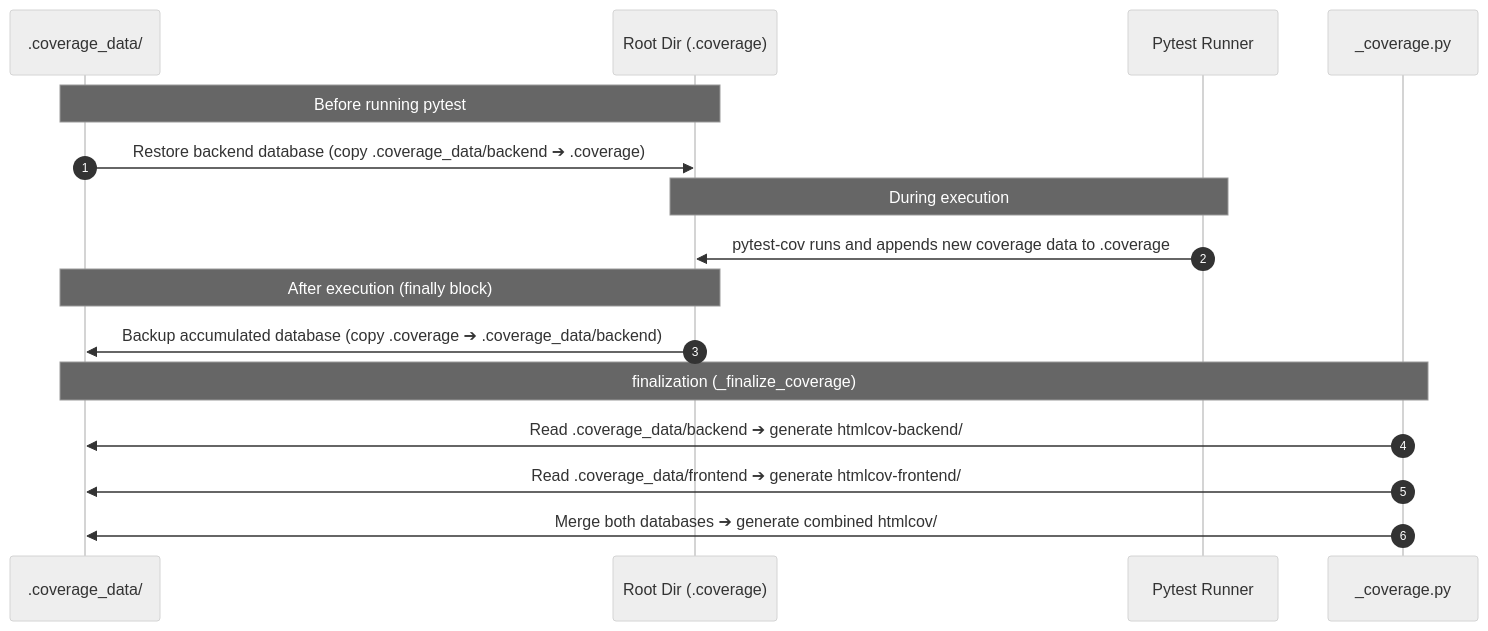
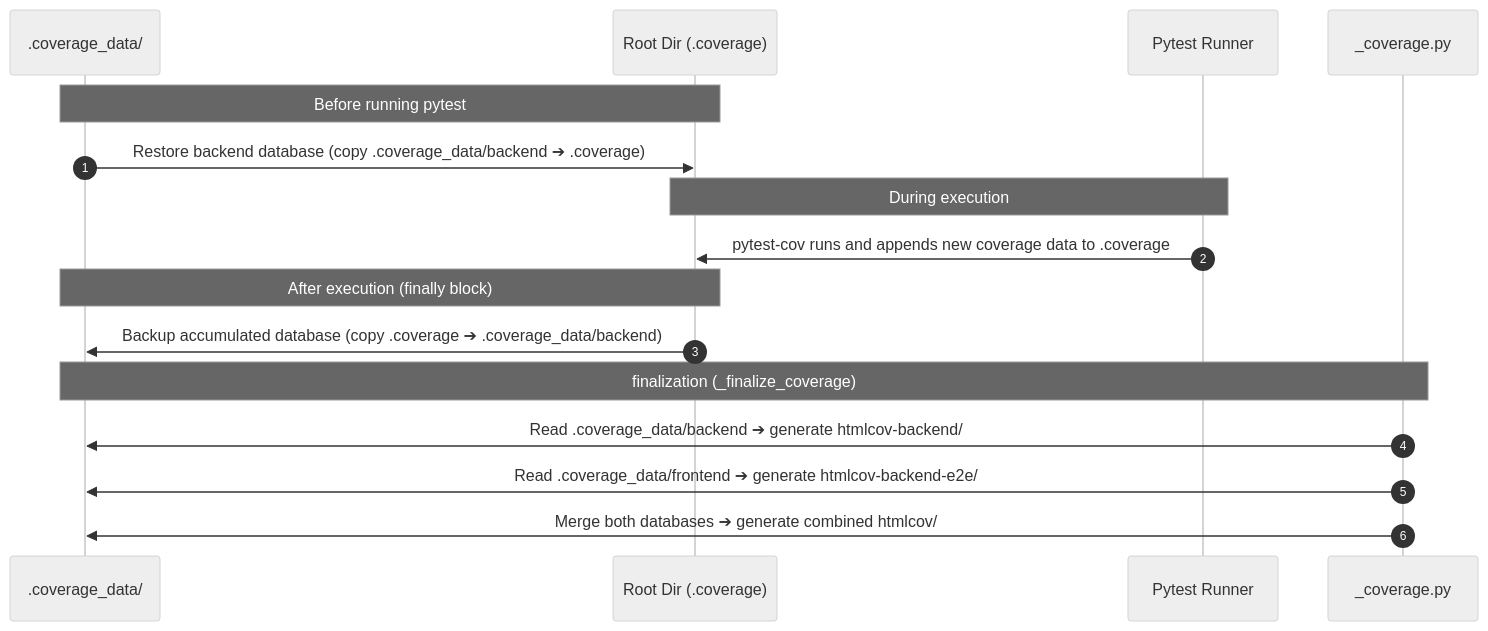
One commit to Alfystar/LibreFolio changed the second of 2 diagrams in mkdocs_src/docs/developer/test-walkthrough/runner_architecture.md. Above: the diagram before and after it, drawn with Mermaid (neutral theme). The commit also changed other lines of this file and 94 other files, not shown here.

````diff
--- a/mkdocs_src/docs/developer/test-walkthrough/runner_architecture.md
+++ b/mkdocs_src/docs/developer/test-walkthrough/runner_architecture.md
@@ -77,26 +77,26 @@
 ```mermaid
 ---
 config:
   layout: elk
 ---
 sequenceDiagram
     autonumber
     participant Data as .coverage_data/
     participant Root as Root Dir (.coverage)
     participant Pytest as Pytest Runner
     participant Reporter as _coverage.py
 
     Note over Data, Root: Before running pytest
     Data->>Root: Restore backend database (copy .coverage_data/backend ➔ .coverage)
     
     Note over Root, Pytest: During execution
     Pytest->>Root: pytest-cov runs and appends new coverage data to .coverage
     
     Note over Root, Data: After execution (finally block)
     Root->>Data: Backup accumulated database (copy .coverage ➔ .coverage_data/backend)
     
     Note over Data, Reporter: finalization (_finalize_coverage)
     Reporter->>Data: Read .coverage_data/backend ➔ generate htmlcov-backend/
-    Reporter->>Data: Read .coverage_data/frontend ➔ generate htmlcov-frontend/
+    Reporter->>Data: Read .coverage_data/frontend ➔ generate htmlcov-backend-e2e/
     Reporter->>Data: Merge both databases ➔ generate combined htmlcov/
 ```
````
